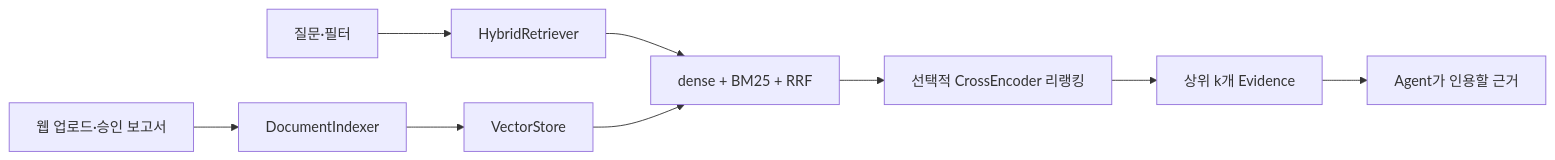
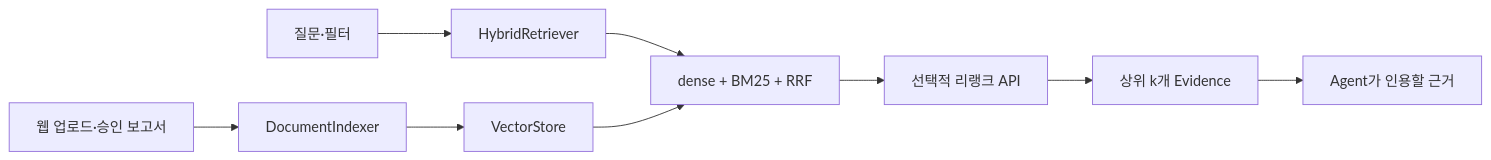
Before and after one commit to qoweh/weeing-weeing: the diagram in docs/RAG_RETRIEVAL.md, drawn with Mermaid. The commit also changed other lines of this file and 41 other files, not shown here.

````diff
--- a/docs/RAG_RETRIEVAL.md
+++ b/docs/RAG_RETRIEVAL.md
@@ -39,11 +39,11 @@
 ```mermaid
 flowchart LR
     C[웹 업로드·승인 보고서] --> I[DocumentIndexer]
     I --> S[VectorStore]
     Q[질문·필터] --> R[HybridRetriever]
     R --> H[dense + BM25 + RRF]
     S --> H
-    H --> X[선택적 CrossEncoder 리랭킹]
+    H --> X[선택적 리랭크 API]
     X --> K[상위 k개 Evidence]
     K --> A[Agent가 인용할 근거]
 ```
````
